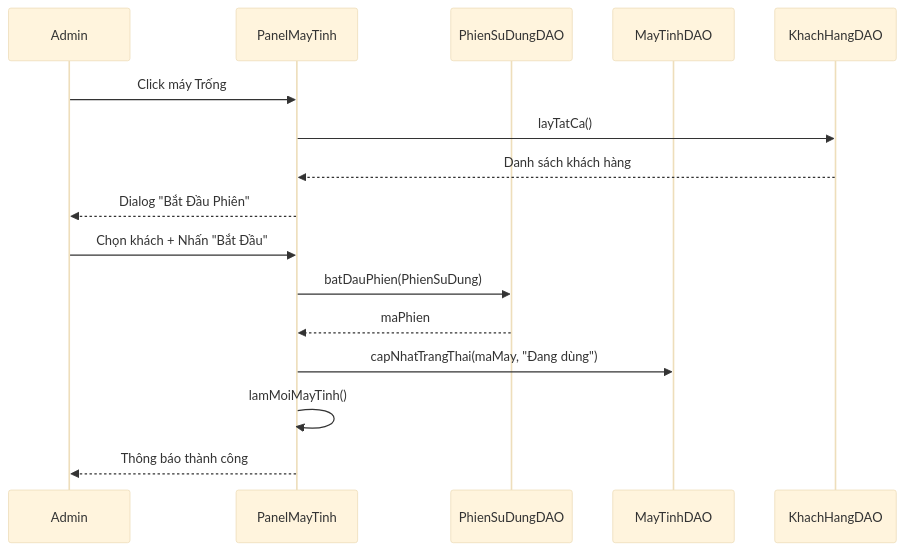
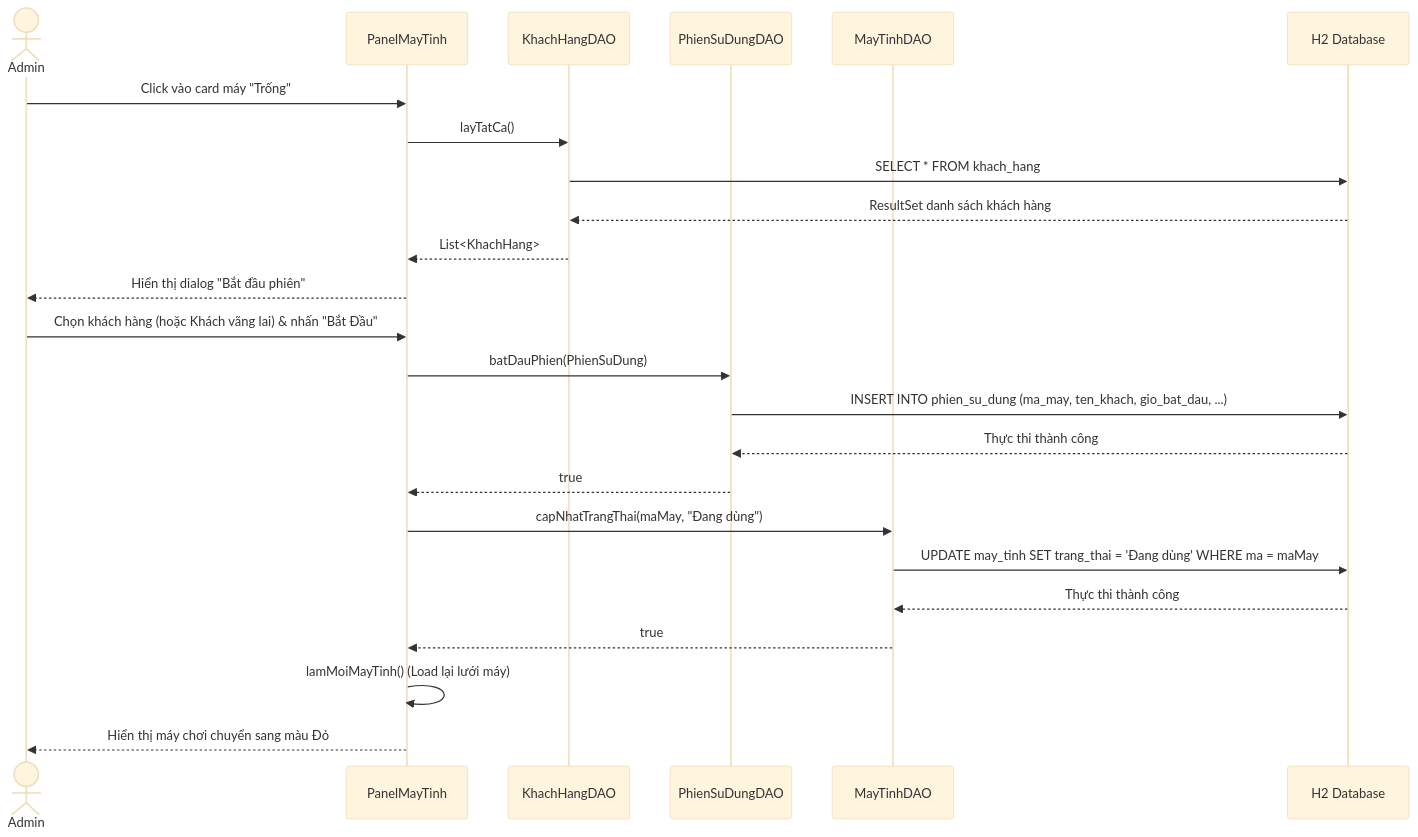
The tenth of 20 diagrams in BaoCao_DoAn.md (phhuyen1109/BTL), drawn with Mermaid (base theme) before and after one commit. The commit also changed other lines of this file and 1 other file, not shown here.

Commit message:
Ve chi tiet so do use case tung phan he va chi tiet cac luong activity/sequence

````diff
--- a/BaoCao_DoAn.md
+++ b/BaoCao_DoAn.md
@@ -890,19 +963,27 @@
 ```mermaid
 sequenceDiagram
-    participant Admin
-    participant PanelMayTinh
-    participant PhienSuDungDAO
-    participant MayTinhDAO
-    participant KhachHangDAO
+    actor Admin
+    participant P as PanelMayTinh
+    participant KH as KhachHangDAO
+    participant PS as PhienSuDungDAO
+    participant MT as MayTinhDAO
+    participant H2 as H2 Database
 
-    Admin->>PanelMayTinh: Click máy Trống
-    PanelMayTinh->>KhachHangDAO: layTatCa()
-    KhachHangDAO-->>PanelMayTinh: Danh sách khách hàng
-    PanelMayTinh-->>Admin: Dialog "Bắt Đầu Phiên"
-    Admin->>PanelMayTinh: Chọn khách + Nhấn "Bắt Đầu"
-    PanelMayTinh->>PhienSuDungDAO: batDauPhien(PhienSuDung)
-    PhienSuDungDAO-->>PanelMayTinh: maPhien
-    PanelMayTinh->>MayTinhDAO: capNhatTrangThai(maMay, "Đang dùng")
-    PanelMayTinh->>PanelMayTinh: lamMoiMayTinh()
-    PanelMayTinh-->>Admin: Thông báo thành công
+    Admin->>P: Click vào card máy "Trống"
+    P->>KH: layTatCa()
+    KH->>H2: SELECT * FROM khach_hang
+    H2-->>KH: ResultSet danh sách khách hàng
+    KH-->>P: List<KhachHang>
+    P-->>Admin: Hiển thị dialog "Bắt đầu phiên"
+    Admin->>P: Chọn khách hàng (hoặc Khách vãng lai) & nhấn "Bắt Đầu"
+    P->>PS: batDauPhien(PhienSuDung)
+    PS->>H2: INSERT INTO phien_su_dung (ma_may, ten_khach, gio_bat_dau, ...)
+    H2-->>PS: Thực thi thành công
+    PS-->>P: true
+    P->>MT: capNhatTrangThai(maMay, "Đang dùng")
+    MT->>H2: UPDATE may_tinh SET trang_thai = 'Đang dùng' WHERE ma = maMay
+    H2-->>MT: Thực thi thành công
+    MT-->>P: true
+    P->>P: lamMoiMayTinh() (Load lại lưới máy)
+    P-->>Admin: Hiển thị máy chơi chuyển sang màu Đỏ
 ```
````
